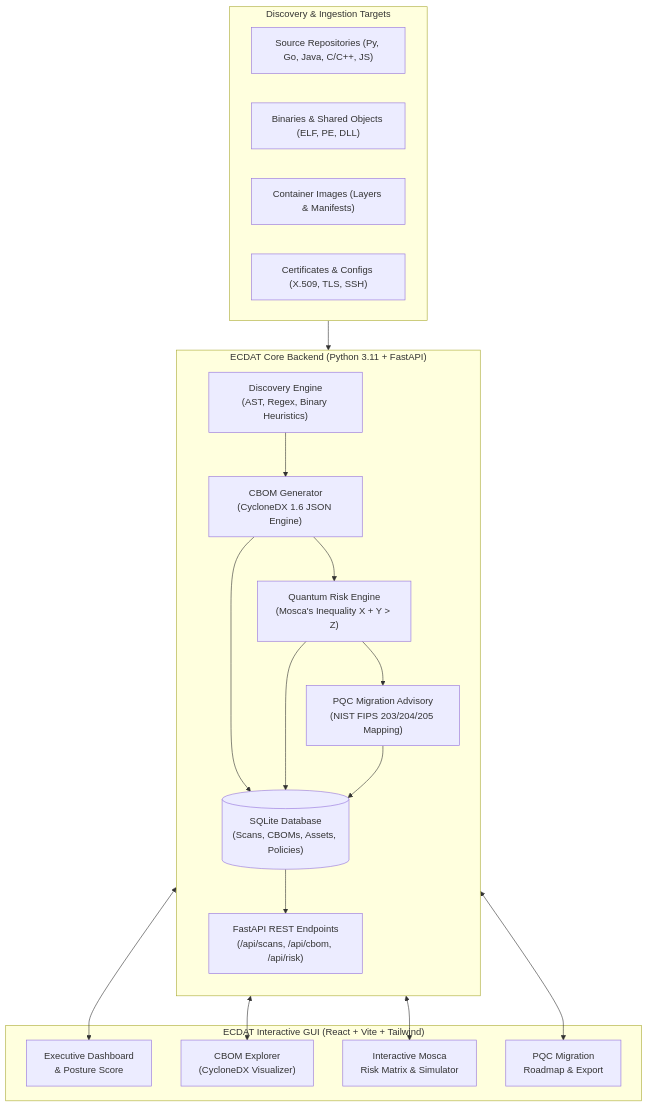
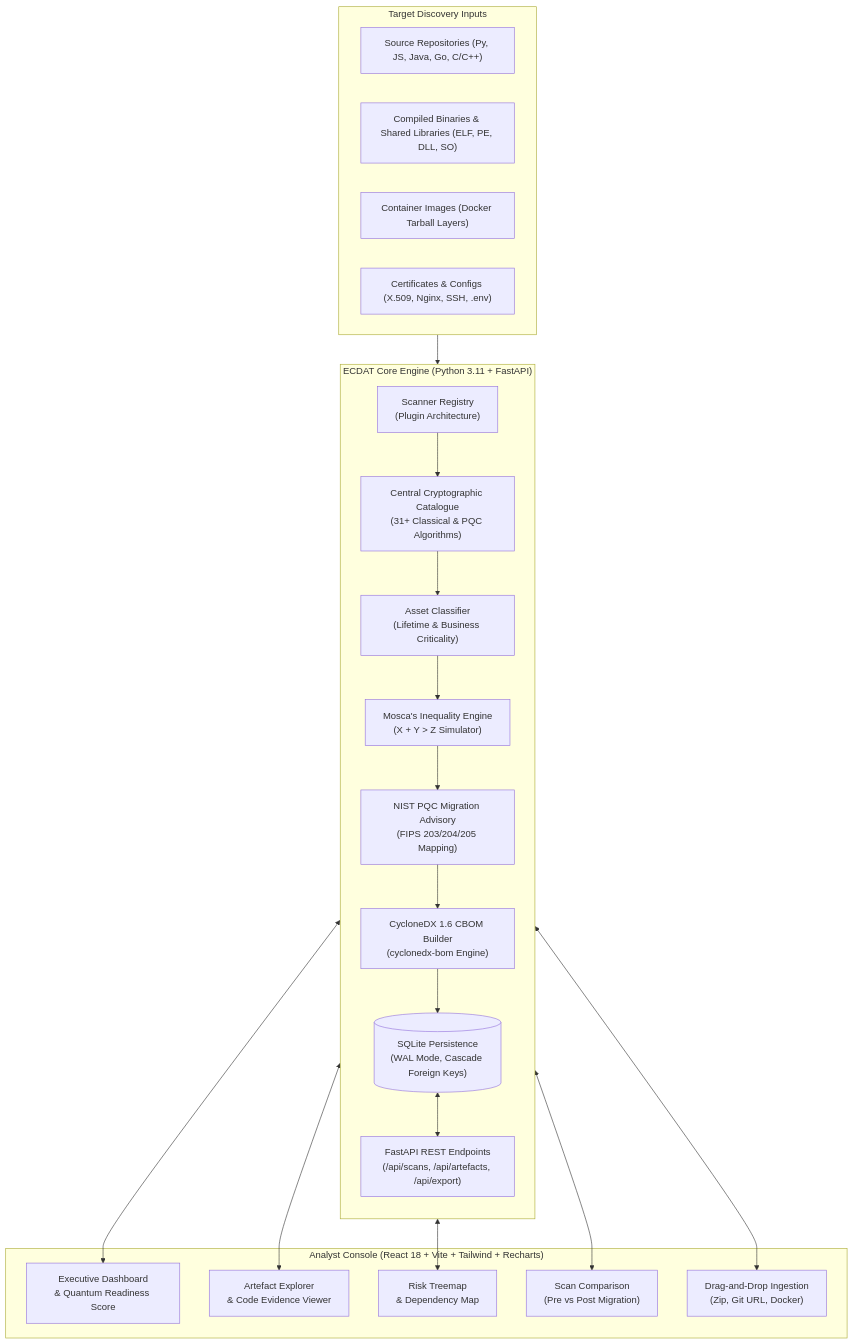
Before and after one commit to rubbulu/ecdat: the diagram in README.md, drawn with Mermaid. The commit also changed other lines of this file and 10 other files, not shown here.

Commit message:
feat: complete project with Docker Compose, full documentation, comparison analysis, CI workflow, and MIT license

````diff
--- a/README.md
+++ b/README.md
@@ -63,41 +114,45 @@
 ```mermaid
 flowchart TD
-    subgraph INGESTION["Discovery & Ingestion Targets"]
-        T1["Source Repositories (Py, Go, Java, C/C++, JS)"]
-        T2["Binaries & Shared Objects (ELF, PE, DLL)"]
-        T3["Container Images (Layers & Manifests)"]
-        T4["Certificates & Configs (X.509, TLS, SSH)"]
+    subgraph INGESTION["Target Discovery Inputs"]
+        T1["Source Repositories (Py, JS, Java, Go, C/C++)"]
+        T2["Compiled Binaries & Shared Libraries (ELF, PE, DLL, SO)"]
+        T3["Container Images (Docker Tarball Layers)"]
+        T4["Certificates & Configs (X.509, Nginx, SSH, .env)"]
     end
 
-    subgraph BACKEND["ECDAT Core Backend (Python 3.11 + FastAPI)"]
+    subgraph BACKEND["ECDAT Core Engine (Python 3.11 + FastAPI)"]
         direction TB
-        SCANNER["Discovery Engine\n(AST, Regex, Binary Heuristics)"]
-        CBOM_GEN["CBOM Generator\n(CycloneDX 1.6 JSON Engine)"]
-        RISK_ENG["Quantum Risk Engine\n(Mosca's Inequality X + Y > Z)"]
-        PQC_REC["PQC Migration Advisory\n(NIST FIPS 203/204/205 Mapping)"]
-        STORAGE[("SQLite Database\n(Scans, CBOMs, Assets, Policies)")]
-        API["FastAPI REST Endpoints\n(/api/scans, /api/cbom, /api/risk)"]
+        REGISTRY["Scanner Registry\n(Plugin Architecture)"]
+        CATALOGUE["Central Cryptographic Catalogue\n(31+ Classical & PQC Algorithms)"]
+        CLASSIFIER["Asset Classifier\n(Lifetime & Business Criticality)"]
+        MOSCA["Mosca's Inequality Engine\n(X + Y > Z Simulator)"]
+        PQC_REC["NIST PQC Migration Advisory\n(FIPS 203/204/205 Mapping)"]
+        CBOM_BUILDER["CycloneDX 1.6 CBOM Builder\n(cyclonedx-bom Engine)"]
+        STORAGE[("SQLite Persistence\n(WAL Mode, Cascade Foreign Keys)")]
+        API["FastAPI REST Endpoints\n(/api/scans, /api/artefacts, /api/export)"]
 
-        SCANNER --> CBOM_GEN
-        CBOM_GEN --> RISK_ENG
-        RISK_ENG --> PQC_REC
-        CBOM_GEN --> STORAGE
-        RISK_ENG --> STORAGE
-        PQC_REC --> STORAGE
-        STORAGE --> API
+        REGISTRY --> CATALOGUE
+        CATALOGUE --> CLASSIFIER
+        CLASSIFIER --> MOSCA
+        MOSCA --> PQC_REC
+        PQC_REC --> CBOM_BUILDER
+        CBOM_BUILDER --> STORAGE
+        STORAGE <--> API
     end
 
-    subgraph FRONTEND["ECDAT Interactive GUI (React + Vite + Tailwind)"]
-        DASH["Executive Dashboard\n& Posture Score"]
-        CBOM_VIEW["CBOM Explorer\n(CycloneDX Visualizer)"]
-        MOSCA_CALC["Interactive Mosca\nRisk Matrix & Simulator"]
-        MIG_PLAN["PQC Migration\nRoadmap & Export"]
+    subgraph FRONTEND["Analyst Console (React 18 + Vite + Tailwind + Recharts)"]
+        DASH["Executive Dashboard\n& Quantum Readiness Score"]
+        CBOM_VIEW["Artefact Explorer\n& Code Evidence Viewer"]
+        HEATMAP["Risk Treemap\n& Dependency Map"]
+        COMPARE["Scan Comparison\n(Pre vs Post Migration)"]
+        UPLOAD["Drag-and-Drop Ingestion\n(Zip, Git URL, Docker)"]
 
         API <--> DASH
         API <--> CBOM_VIEW
-        API <--> MOSCA_CALC
-        API <--> MIG_PLAN
+        API <--> HEATMAP
+        API <--> COMPARE
+        API <--> UPLOAD
     end
 
-    INGESTION --> SCANNER
+    INGESTION --> REGISTRY
 ```
````
